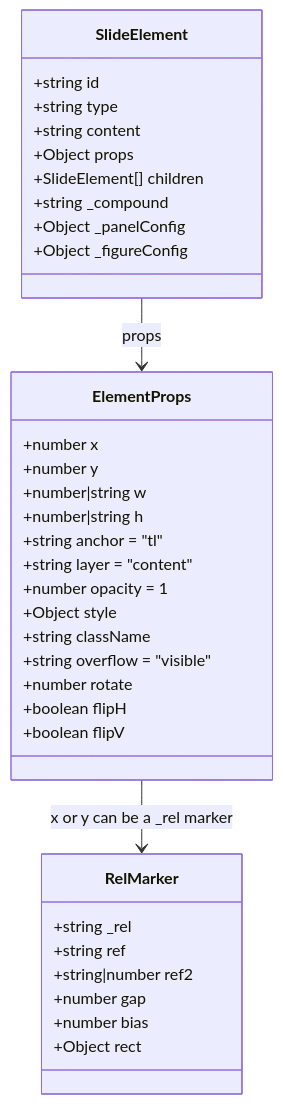
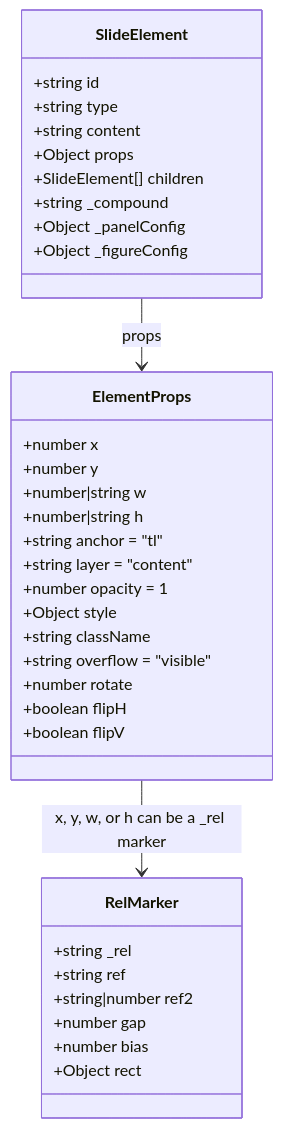
Before and after one commit to cabird/slidekit: the third of 14 diagrams in docs/for_devs/ARCHITECTURE.md, drawn with Mermaid. The commit also changed other lines of this file and 5 other files, not shown here.

````diff
--- a/docs/for_devs/ARCHITECTURE.md
+++ b/docs/for_devs/ARCHITECTURE.md
@@ -134,41 +134,41 @@
 ```mermaid
 classDiagram
     class SlideElement {
         +string id
         +string type
         +string content
         +Object props
         +SlideElement[] children
         +string _compound
         +Object _panelConfig
         +Object _figureConfig
     }
 
     class ElementProps {
         +number x
         +number y
         +number|string w
         +number|string h
         +string anchor = "tl"
         +string layer = "content"
         +number opacity = 1
         +Object style
         +string className
         +string overflow = "visible"
         +number rotate
         +boolean flipH
         +boolean flipV
     }
 
     class RelMarker {
         +string _rel
         +string ref
         +string|number ref2
         +number gap
         +number bias
         +Object rect
     }
 
     SlideElement --> ElementProps : props
-    ElementProps --> RelMarker : x or y can be a _rel marker
+    ElementProps --> RelMarker : x, y, w, or h can be a _rel marker
 ```
````
